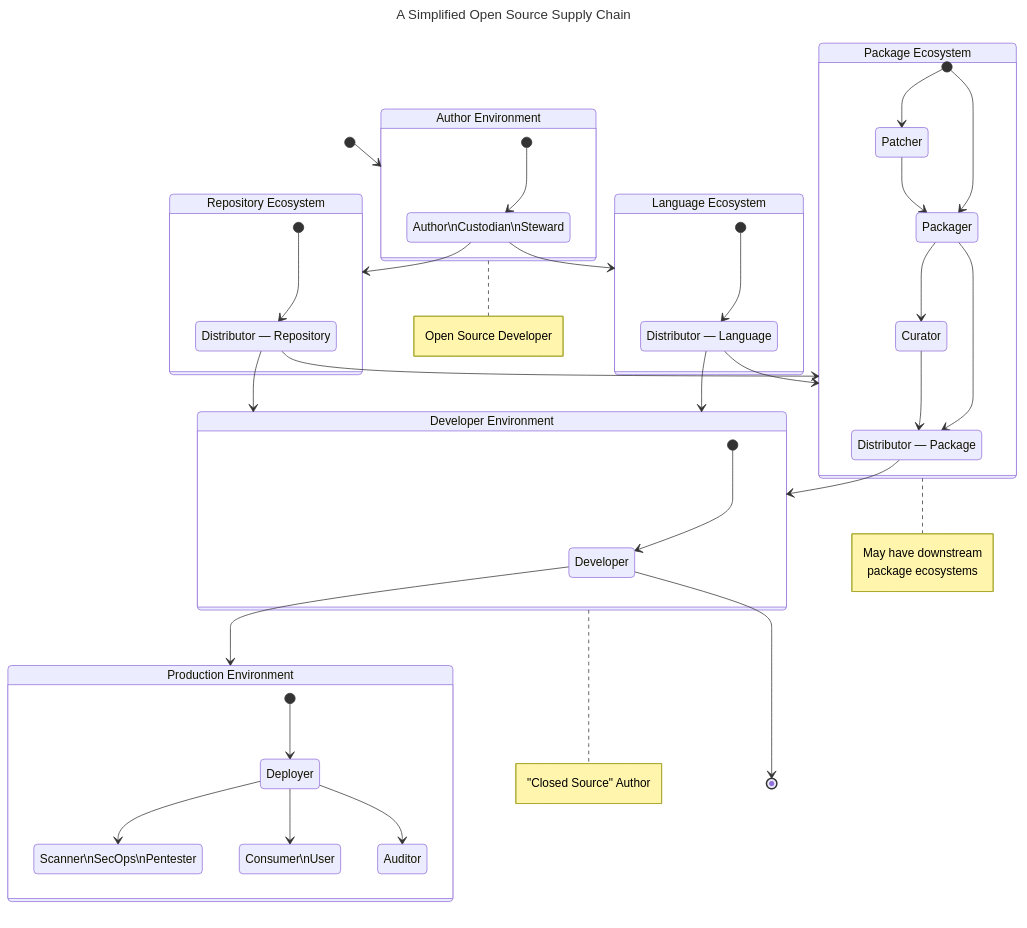
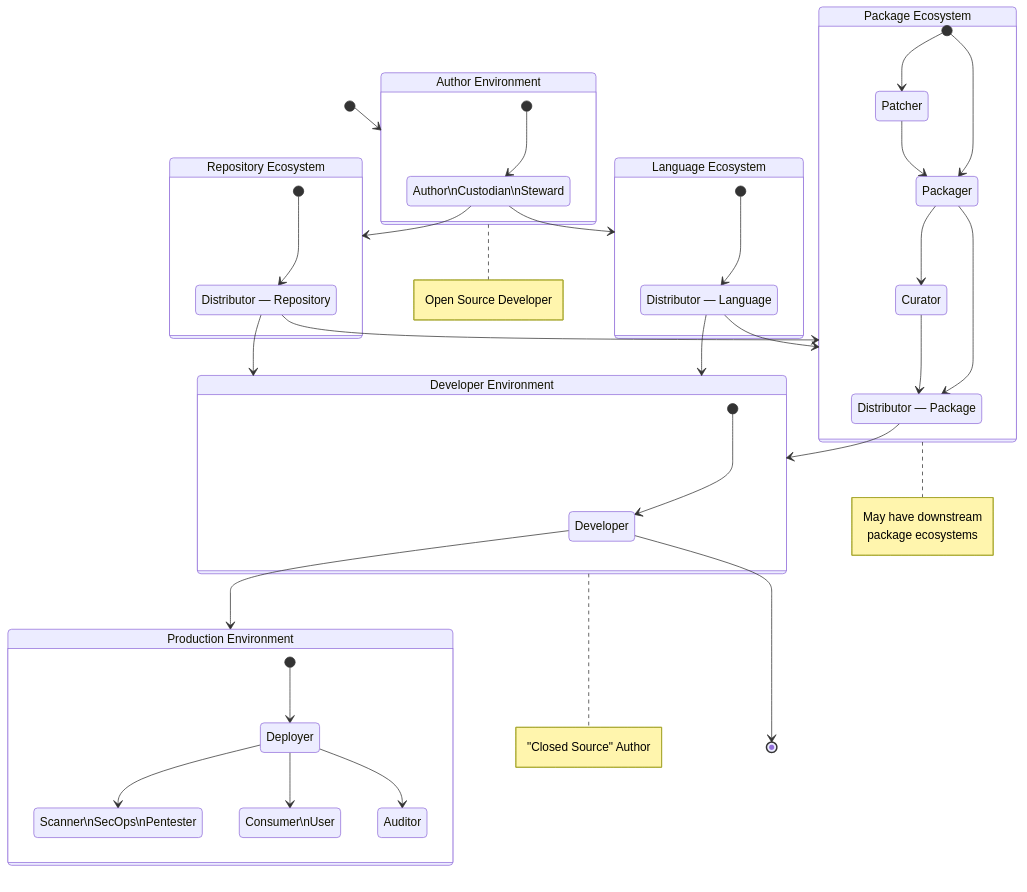
Before and after one commit to CPAN-Security/security.metacpan.org: the diagram in docs/CPAN-supplychain-state.md, drawn with Mermaid. The commit also changed other lines of this file, not shown here.

Commit message:
Replace metadata block with a H1 title

````diff
--- a/docs/CPAN-supplychain-state.md
+++ b/docs/CPAN-supplychain-state.md
@@ -1,83 +3,80 @@
 ```mermaid
----
-title: A Simplified Open Source Supply Chain
----
 stateDiagram-v2
     state "Author\nCustodian\nSteward" as author
     state "Distributor — Repository" as distributor_repo 
     state "Distributor — Language" as distributor_lang 
     state "Distributor — Package" as distributor_package
     state "Patcher" as patcher
     state "Packager" as packager
     state "Curator" as curator
     state "Developer" as developer
     state "Deployer" as deployer
     state "Scanner\nSecOps\nPentester" as scanner
     state "Consumer\nUser" as consumer
     state "Auditor" as auditor
 
 	[*] --> ecosystem_author
 
 	state "Author Environment" as ecosystem_author {
     	[*] --> author
     }
 
 	note right of ecosystem_author
 		Open Source Developer
 	end note
 
     author --> ecosystem_repo
     author --> ecosystem_lang
 
     state "Language Ecosystem" as ecosystem_lang {
     	[*] --> distributor_lang
     }
 
 	distributor_lang --> ecosystem_developer
 	distributor_lang --> ecosystem_package
 
 	state "Repository Ecosystem" as ecosystem_repo {
 		[*] --> distributor_repo
 	}
 
    	distributor_repo --> ecosystem_package
     distributor_repo --> ecosystem_developer
 
 	state "Package Ecosystem" as ecosystem_package {
 		[*] --> patcher
 		[*] --> packager
     	patcher --> packager
     	packager --> curator
     	packager --> distributor_package
     	curator --> distributor_package
 	}
 
 	note right of ecosystem_package
 		May have downstream
 		package ecosystems
 	end note
 
     distributor_package --> ecosystem_developer
 
 	state "Developer Environment" as ecosystem_developer {
 		[*] --> developer
 	}
 
 	note right of ecosystem_developer
 		"Closed Source" Author
 	end note
 
     developer --> ecosystem_prod
 
 	state "Production Environment" as ecosystem_prod {
 		[*] --> deployer
     	deployer --> scanner
     	deployer --> consumer
     	deployer --> auditor
 
 	}
 
     developer --> [*]
 
 
 ```
````
